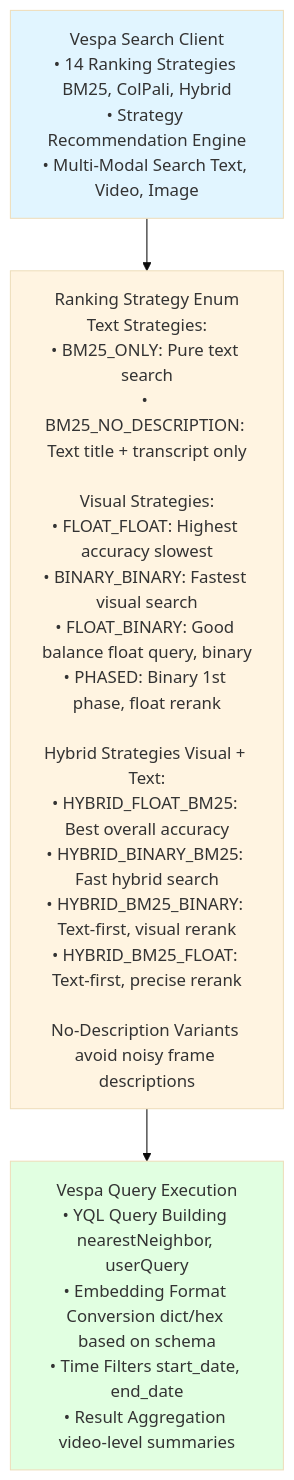
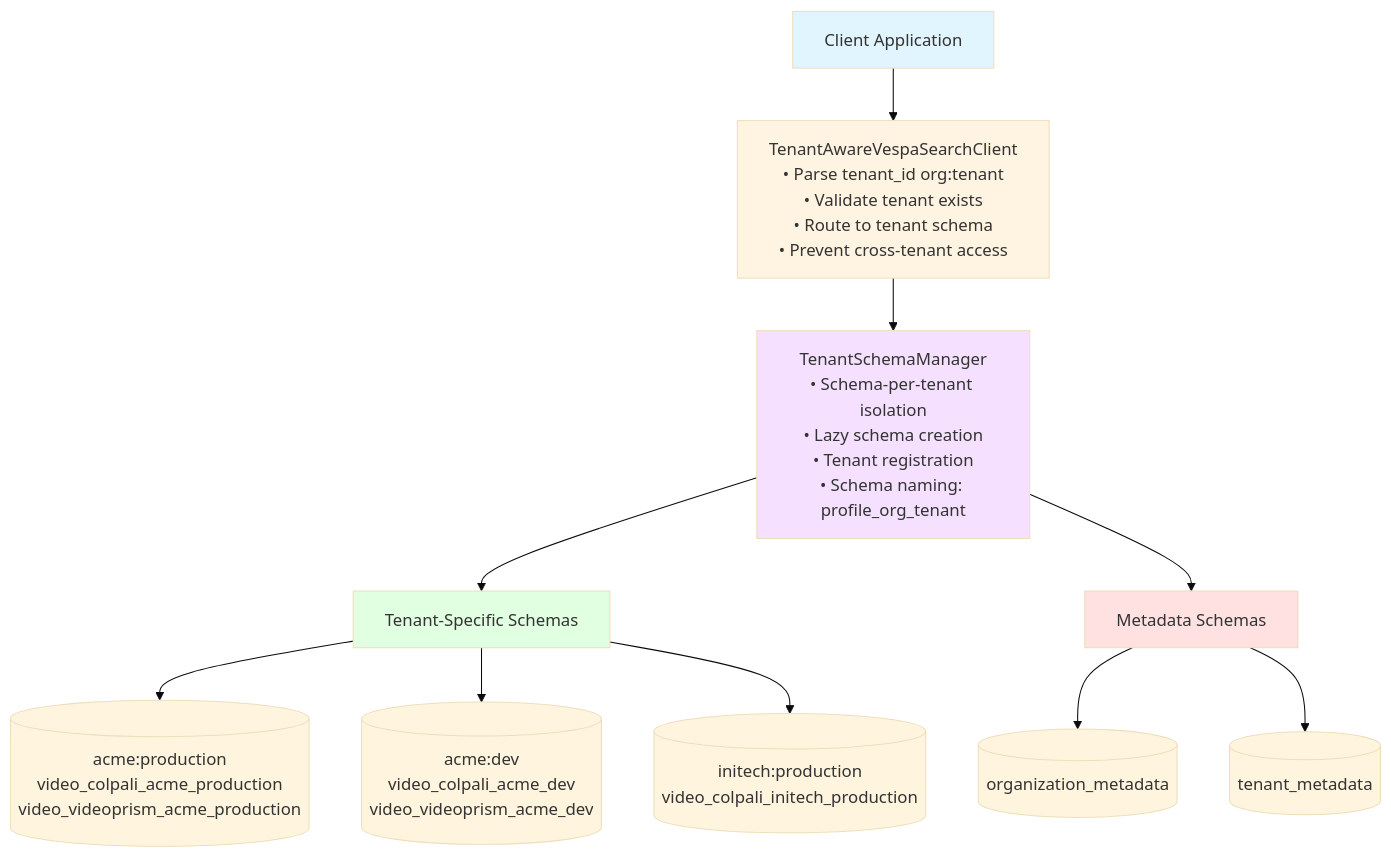
One commit to amit-jain/cogniverse changed the diagram in docs/modules/backends.md. Above: the diagram before and after it, drawn with Mermaid (base theme). The commit also changed other lines of this file and 4 other files, not shown here.

First line of the commit message:
Update documentation for multi-tenant architecture

````diff
--- a/docs/modules/backends.md
+++ b/docs/modules/backends.md
@@ -48,12 +71,24 @@
 ```mermaid
 graph TB
-    VespaClient[Vespa Search Client<br/>• 14 Ranking Strategies BM25, ColPali, Hybrid<br/>• Strategy Recommendation Engine<br/>• Multi-Modal Search Text, Video, Image]
+    Client[Client Application]
 
-    VespaClient --> RankingStrategy[Ranking Strategy Enum<br/>Text Strategies:<br/>• BM25_ONLY: Pure text search<br/>• BM25_NO_DESCRIPTION: Text title + transcript only<br/><br/>Visual Strategies:<br/>• FLOAT_FLOAT: Highest accuracy slowest<br/>• BINARY_BINARY: Fastest visual search<br/>• FLOAT_BINARY: Good balance float query, binary<br/>• PHASED: Binary 1st phase, float rerank<br/><br/>Hybrid Strategies Visual + Text:<br/>• HYBRID_FLOAT_BM25: Best overall accuracy<br/>• HYBRID_BINARY_BM25: Fast hybrid search<br/>• HYBRID_BM25_BINARY: Text-first, visual rerank<br/>• HYBRID_BM25_FLOAT: Text-first, precise rerank<br/><br/>No-Description Variants avoid noisy frame descriptions]
+    Client --> TenantSearch[TenantAwareVespaSearchClient<br/>• Parse tenant_id org:tenant<br/>• Validate tenant exists<br/>• Route to tenant schema<br/>• Prevent cross-tenant access]
 
-    RankingStrategy --> QueryExec[Vespa Query Execution<br/>• YQL Query Building nearestNeighbor, userQuery<br/>• Embedding Format Conversion dict/hex based on schema<br/>• Time Filters start_date, end_date<br/>• Result Aggregation video-level summaries]
+    TenantSearch --> TenantMgr[TenantSchemaManager<br/>• Schema-per-tenant isolation<br/>• Lazy schema creation<br/>• Tenant registration<br/>• Schema naming: profile_org_tenant]
 
-    style VespaClient fill:#e1f5ff
-    style RankingStrategy fill:#fff4e1
-    style QueryExec fill:#e1ffe1
+    TenantMgr --> Schemas[Tenant-Specific Schemas]
+
+    Schemas --> AcmeProd[(acme:production<br/>video_colpali_acme_production<br/>video_videoprism_acme_production)]
+    Schemas --> AcmeDev[(acme:dev<br/>video_colpali_acme_dev<br/>video_videoprism_acme_dev)]
+    Schemas --> InitechProd[(initech:production<br/>video_colpali_initech_production)]
+
+    TenantMgr --> MetaSchemas[Metadata Schemas]
+    MetaSchemas --> OrgMeta[(organization_metadata)]
+    MetaSchemas --> TenantMeta[(tenant_metadata)]
+
+    style Client fill:#e1f5ff
+    style TenantSearch fill:#fff4e1
+    style TenantMgr fill:#f5e1ff
+    style Schemas fill:#e1ffe1
+    style MetaSchemas fill:#ffe1e1
 ```
````
